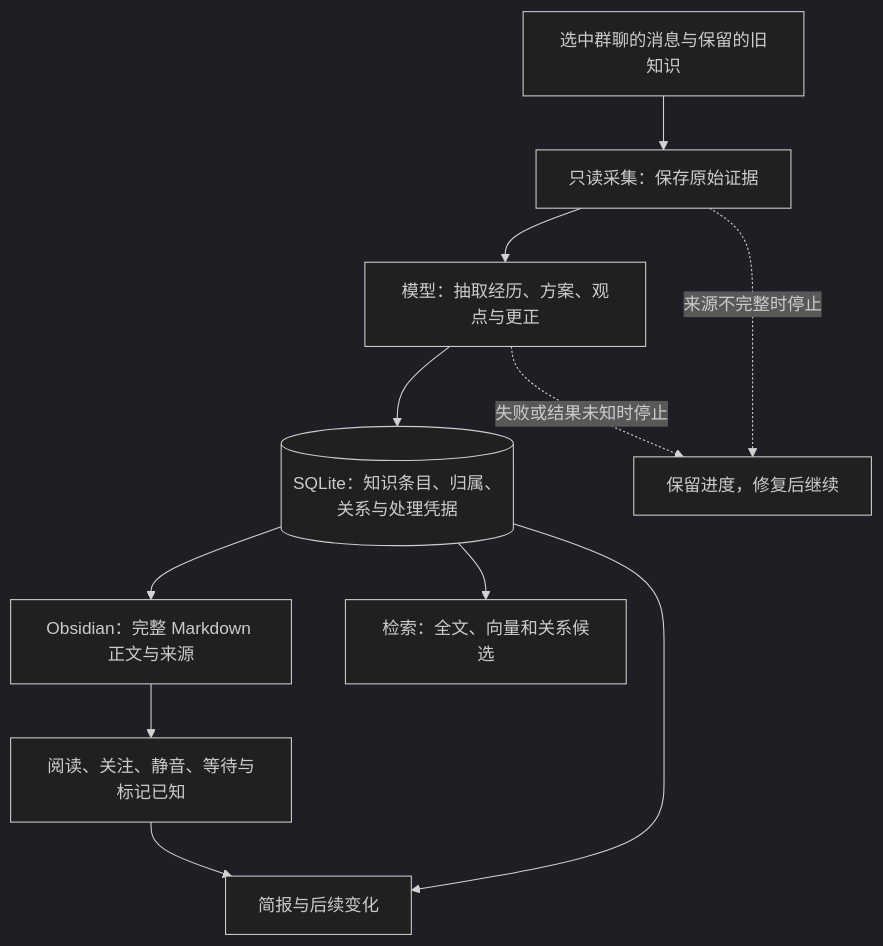
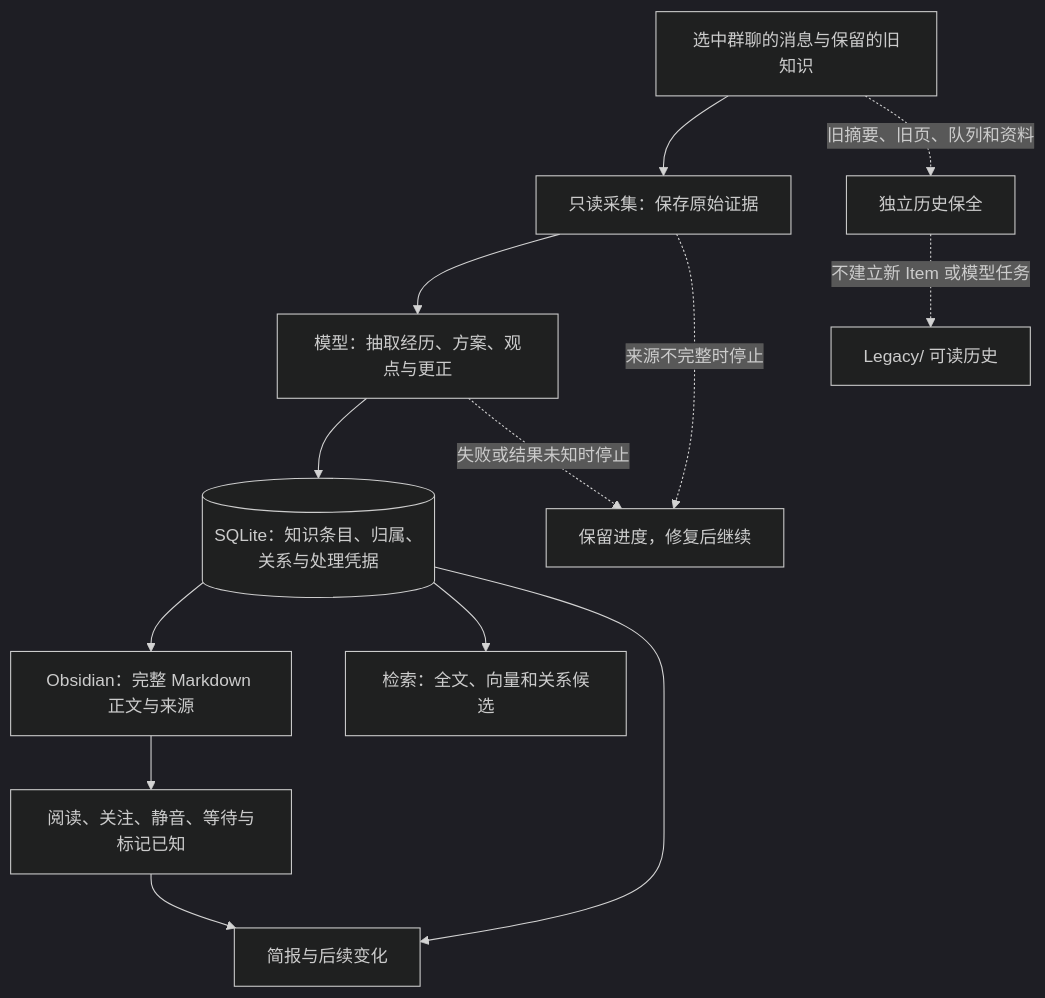
The diagram in docs/architecture/semantic-implementation.md (IndelibleVivi/we-groupchat-obsidian), drawn with Mermaid (dark theme) before and after one commit. The commit also changed other lines of this file and 31 other files, not shown here.

Commit message:
restore source-first rebuild recovery and preserve legacy history

````diff
--- a/docs/architecture/semantic-implementation.md
+++ b/docs/architecture/semantic-implementation.md
@@ -9,13 +9,15 @@
 ```mermaid
 flowchart TD
     INPUT[选中群聊的消息与保留的旧知识] --> CAPTURE[只读采集：保存原始证据]
     CAPTURE --> MODEL[模型：抽取经历、方案、观点与更正]
     MODEL --> STORE[(SQLite：知识条目、归属、关系与处理凭据)]
     STORE --> BODY[Obsidian：完整 Markdown 正文与来源]
     STORE --> SEARCH[检索：全文、向量和关系候选]
     STORE --> BRIEF[简报与后续变化]
     BODY --> CONTROL[阅读、关注、静音、等待与标记已知]
     CONTROL --> BRIEF
     CAPTURE -. 来源不完整时停止 .-> STOP[保留进度，修复后继续]
     MODEL -. 失败或结果未知时停止 .-> STOP
+    INPUT -. 旧摘要、旧页、队列和资料 .-> HISTORY[独立历史保全]
+    HISTORY -. 不建立新 Item 或模型任务 .-> LEGACY_OUT[Legacy/ 可读历史]
 ```
````
